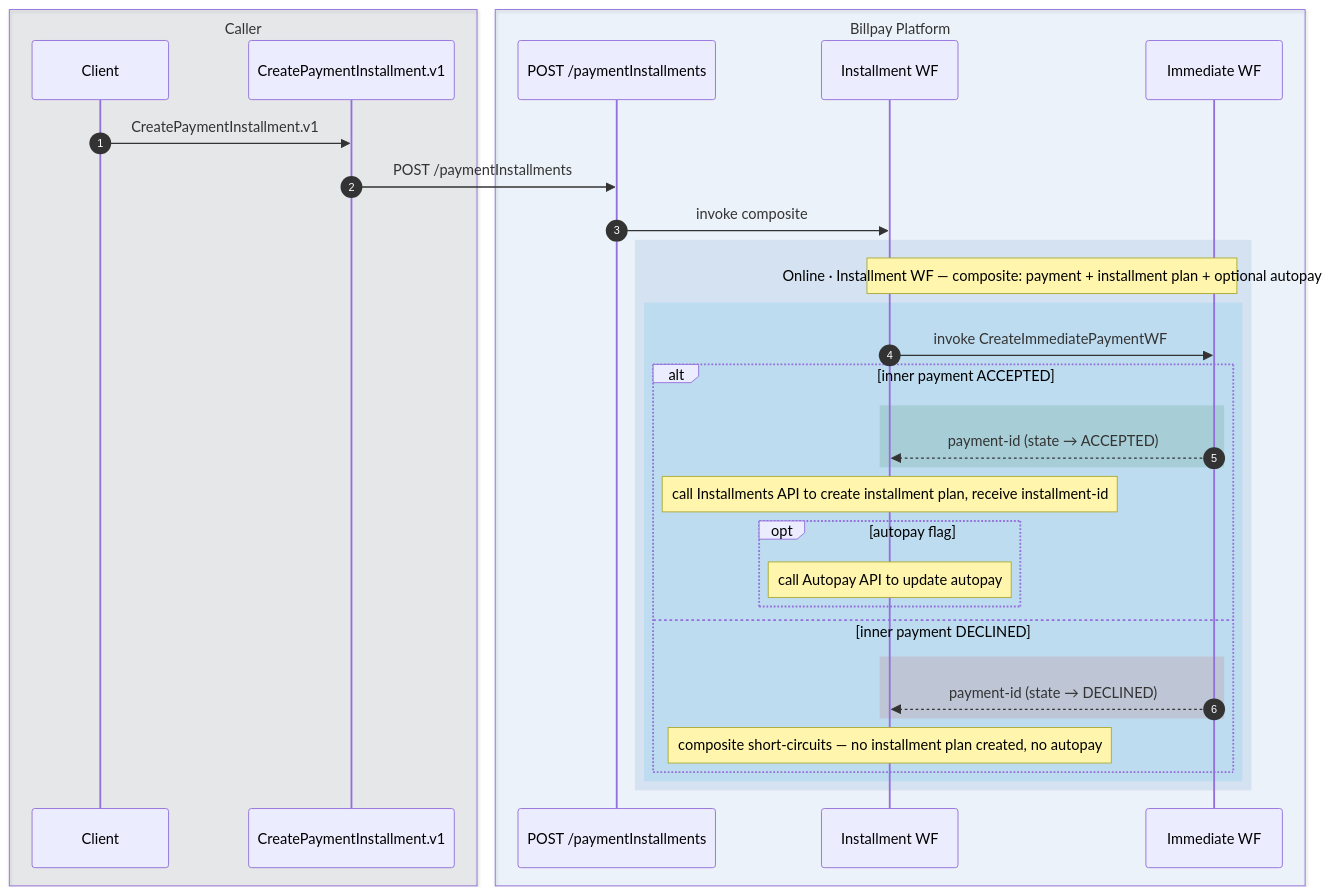
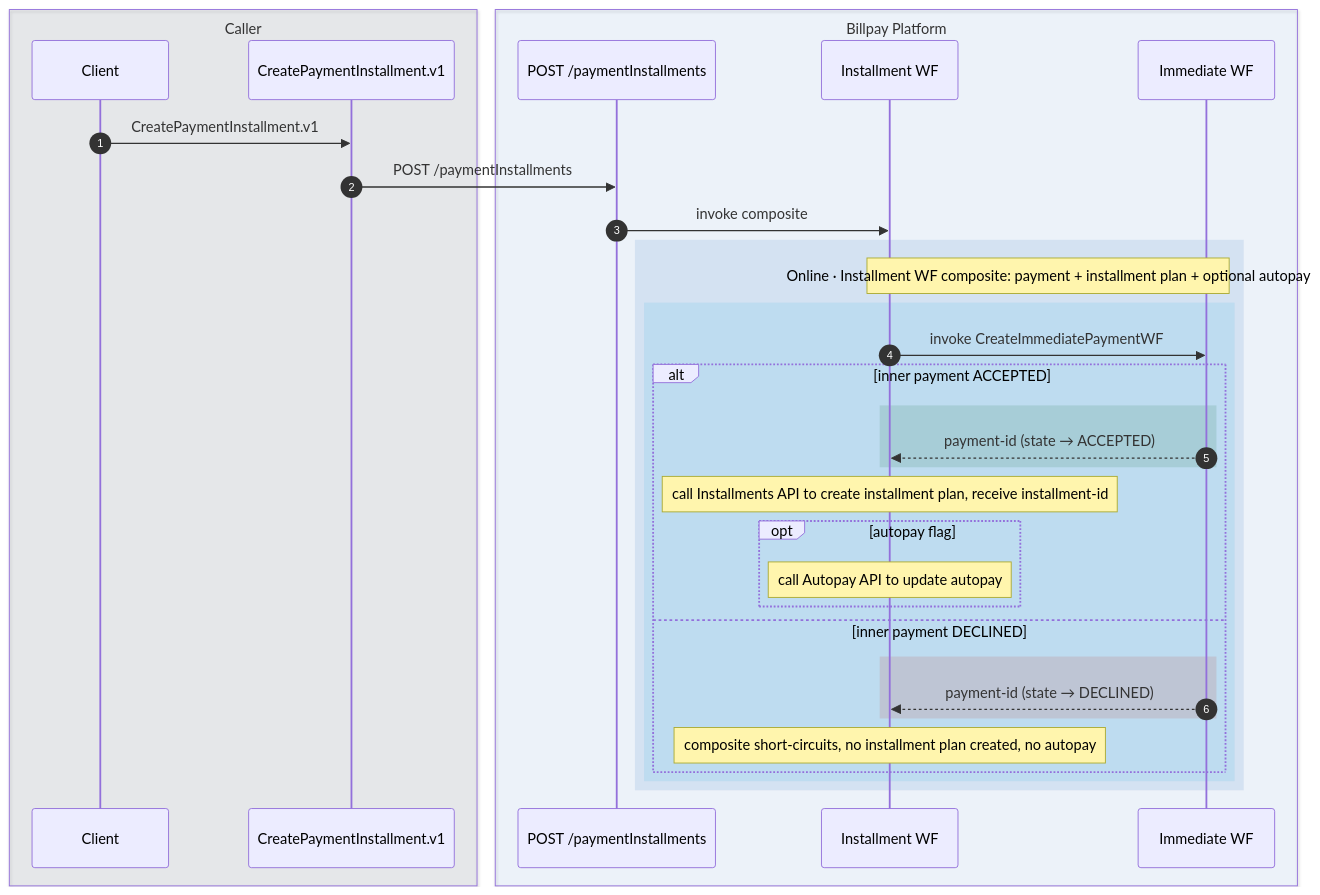
Before and after one commit to arunav-bhattacharya/billpay-book: diagram 12 of 12 in website/docs/design/diagrams/sequence-diagram.md, drawn with Mermaid. The commit also changed other lines of this file and 95 other files, not shown here.

````diff
--- a/website/docs/design/diagrams/sequence-diagram.md
+++ b/website/docs/design/diagrams/sequence-diagram.md
@@ -741,41 +741,41 @@
 ```mermaid
 sequenceDiagram
   autonumber
 
   box rgba(111,124,143,0.12) Caller
     participant C as Client
     participant ODF as CreatePaymentInstallment.v1
   end
 
   box rgba(1,111,208,0.06) Billpay Platform
     participant API as POST /paymentInstallments
     participant CWF as Installment WF
     participant CIP as Immediate WF
   end
 
   C->>ODF: CreatePaymentInstallment.v1
   ODF->>API: POST /paymentInstallments
   API->>CWF: invoke composite
 
   rect rgba(1,91,179,0.10)
-    Note over CWF,CIP: Online · Installment WF — composite: payment + installment plan + optional autopay
+    Note over CWF,CIP: Online · Installment WF composite: payment + installment plan + optional autopay
 
     rect rgba(0,163,224,0.10)
       CWF->>CIP: invoke CreateImmediatePaymentWF
       alt inner payment ACCEPTED
         rect rgba(47,125,84,0.16)
           CIP-->>CWF: payment-id (state → ACCEPTED)
         end
         Note over CWF: call Installments API to create installment plan, receive installment-id
         opt autopay flag
           Note over CWF: call Autopay API to update autopay
         end
       else inner payment DECLINED
         rect rgba(192,57,43,0.14)
           CIP-->>CWF: payment-id (state → DECLINED)
         end
-        Note over CWF: composite short-circuits — no installment plan created, no autopay
+        Note over CWF: composite short-circuits, no installment plan created, no autopay
       end
     end
   end
 ```
````
